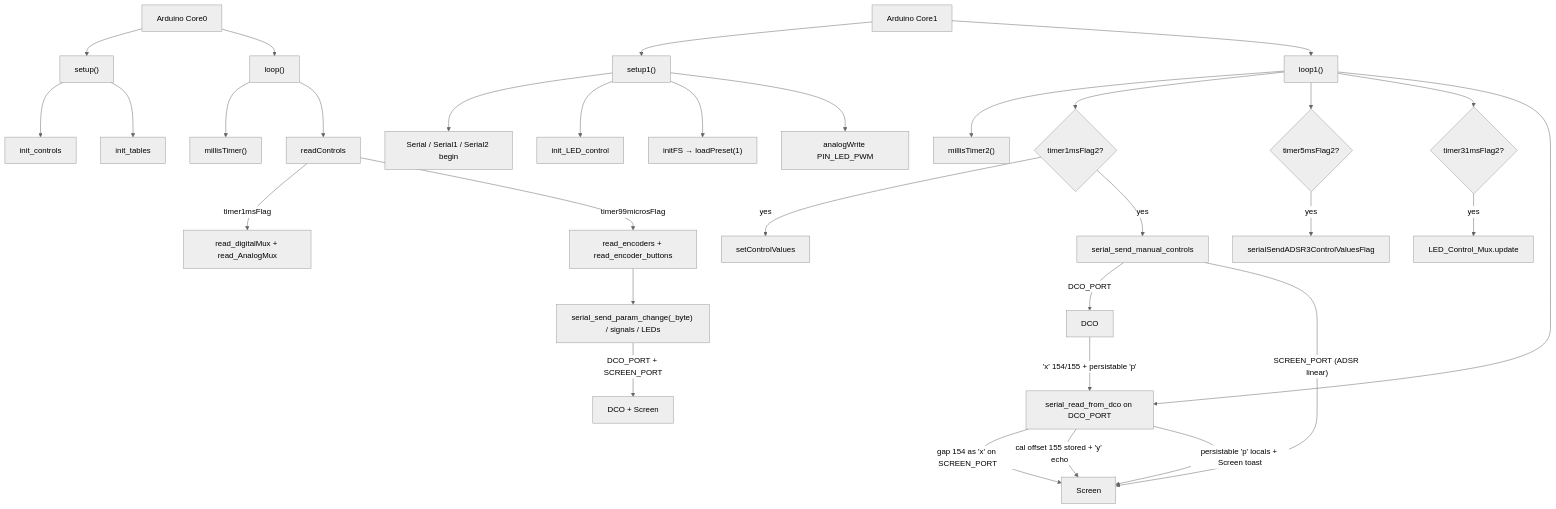
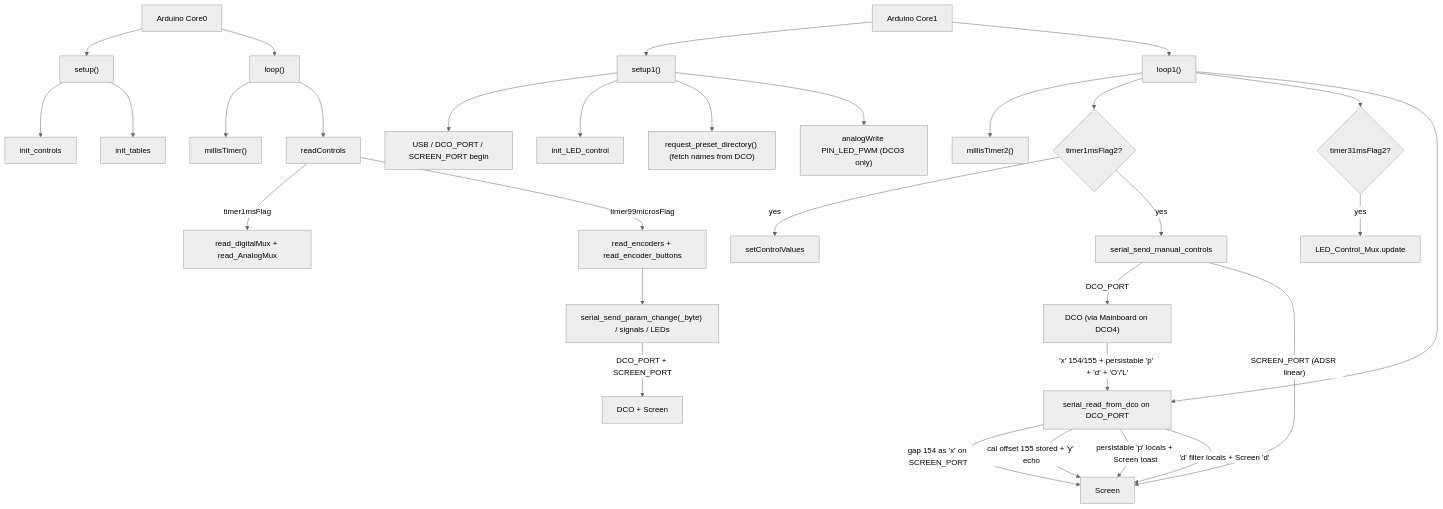
One commit to felipegaspari/DCO3-MONOSYNTH-INPUT-CONTROLLER changed the diagram in docs/FILE_INDEX.md. Above: the diagram before and after it, drawn with Mermaid (neutral theme). The commit also changed other lines of this file and 23 other files, not shown here.

````diff
--- a/docs/FILE_INDEX.md
+++ b/docs/FILE_INDEX.md
@@ -22,39 +31,38 @@
 ```mermaid
 flowchart TD
   fw0["Arduino Core0"] --> setup0["setup()"]
   fw0 --> loop0["loop()"]
   fw1["Arduino Core1"] --> setup1["setup1()"]
   fw1 --> loop1["loop1()"]
 
   setup0 --> initCtrl["init_controls"]
   setup0 --> initTab["init_tables"]
 
-  setup1 --> uartBegin["Serial / Serial1 / Serial2 begin"]
+  setup1 --> uartBegin["USB / DCO_PORT / SCREEN_PORT begin"]
   setup1 --> initLed["init_LED_control"]
-  setup1 --> initFs["initFS → loadPreset(1)"]
-  setup1 --> ledPwm["analogWrite PIN_LED_PWM"]
+  setup1 --> initFs["request_preset_directory() (fetch names from DCO)"]
+  setup1 --> ledPwm["analogWrite PIN_LED_PWM (DCO3 only)"]
 
   loop0 --> millis0["millisTimer()"]
   loop0 --> readCtrl["readControls"]
   readCtrl -->|timer1msFlag| mux["read_digitalMux + read_AnalogMux"]
   readCtrl -->|timer99microsFlag| encBtn["read_encoders + read_encoder_buttons"]
   encBtn --> paramTx["serial_send_param_change(_byte) / signals / LEDs"]
 
   loop1 --> millis1["millisTimer2()"]
   loop1 --> oneMs{"timer1msFlag2?"}
   oneMs -->|yes| setVals["setControlValues"]
   oneMs -->|yes| manSend["serial_send_manual_controls"]
-  loop1 --> fiveMs{"timer5msFlag2?"}
-  fiveMs -->|yes| adsr3Flag["serialSendADSR3ControlValuesFlag"]
   loop1 --> led31{"timer31msFlag2?"}
   led31 -->|yes| ledUpd["LED_Control_Mux.update"]
   loop1 --> rx1["serial_read_from_dco on DCO_PORT"]
 
-  manSend -->|DCO_PORT| mb["DCO"]
+  manSend -->|DCO_PORT| mb["DCO (via Mainboard on DCO4)"]
   manSend -->|"SCREEN_PORT (ADSR linear)"| scr["Screen"]
   paramTx -->|"DCO_PORT + SCREEN_PORT"| peers["DCO + Screen"]
-  mb -->|"'x' 154/155 + persistable 'p'"| rx1
+  mb -->|"'x' 154/155 + persistable 'p' + 'd' + 'O'/'L'"| rx1
   rx1 -->|"gap 154 as 'x' on SCREEN_PORT"| scr
   rx1 -->|"cal offset 155 stored + 'y' echo"| scr
   rx1 -->|"persistable 'p' locals + Screen toast"| scr
+  rx1 -->|"'d' filter locals + Screen 'd'"| scr
 ```
````
